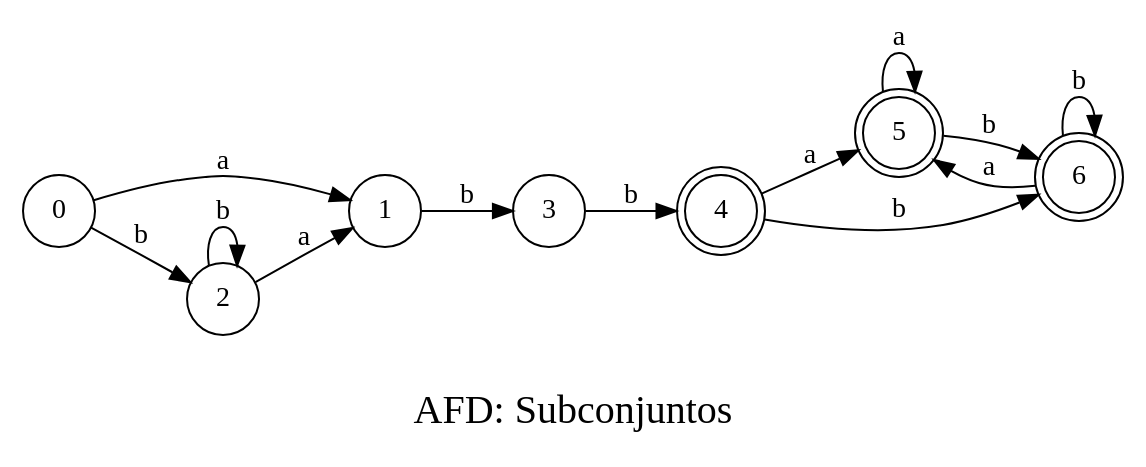
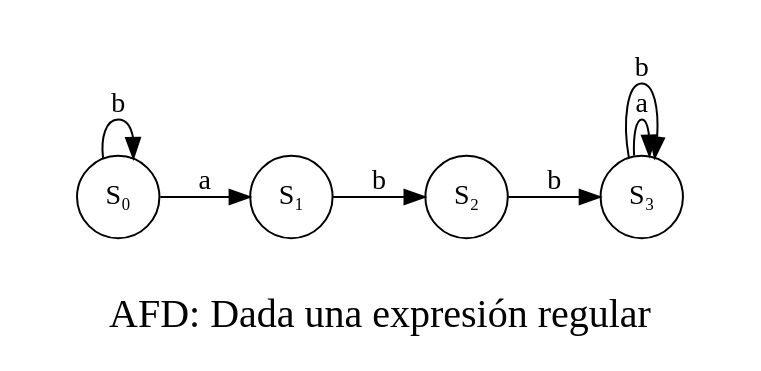
One commit to LucaBia/automatas-finitos changed the diagram in Digraph.gv. Above: the diagram before and after it, drawn with Graphviz. The commit also changed 2 other files, not shown here.

```diff
--- a/Digraph.gv
+++ b/Digraph.gv
@@ -1,51 +1,18 @@
 // AFD
 digraph {
 	rankdir=LR size=15
 	label="
-AFD: Subconjuntos"
+AFD: Dada una expresión regular"
 	fontsize=20
 	node [shape=circle]
-	0 [label=0]
-	1 [label=1]
-	2 [label=2]
-	3 [label=3]
-	4 [label=4 shape=doublecircle]
-	5 [label=5 shape=doublecircle]
-	6 [label=6 shape=doublecircle]
-	0 [label=0]
-	1 [label=1]
-	0 -> 1 [label=a]
-	0 [label=0]
-	2 [label=2]
-	0 -> 2 [label=b]
-	1 [label=1]
-	3 [label=3]
-	1 -> 3 [label=b]
-	2 [label=2]
-	1 [label=1]
-	2 -> 1 [label=a]
-	2 [label=2]
-	2 [label=2]
-	2 -> 2 [label=b]
-	3 [label=3]
-	4 [label=4]
-	3 -> 4 [label=b]
-	4 [label=4 shape=doublecircle]
-	5 [label=5]
-	4 -> 5 [label=a]
-	4 [label=4 shape=doublecircle]
-	6 [label=6]
-	4 -> 6 [label=b]
-	5 [label=5 shape=doublecircle]
-	5 [label=5]
-	5 -> 5 [label=a]
-	5 [label=5 shape=doublecircle]
-	6 [label=6]
-	5 -> 6 [label=b]
-	6 [label=6 shape=doublecircle]
-	5 [label=5]
-	6 -> 5 [label=a]
-	6 [label=6 shape=doublecircle]
-	6 [label=6]
-	6 -> 6 [label=b]
+	S0 [label="S₀"]
+	S1 [label="S₁"]
+	S2 [label="S₂"]
+	S3 [label="S₃"]
+	S0 -> S1 [label=a]
+	S0 -> S0 [label=b]
+	S1 -> S2 [label=b]
+	S2 -> S3 [label=b]
+	S3 -> S3 [label=a]
+	S3 -> S3 [label=b]
 }
```
